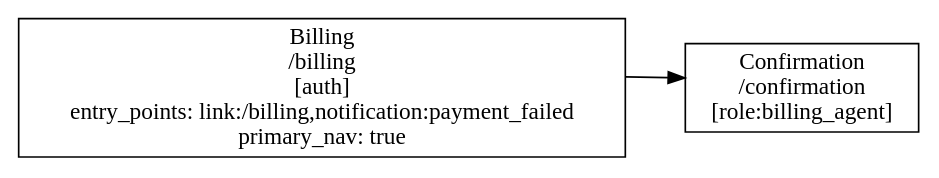
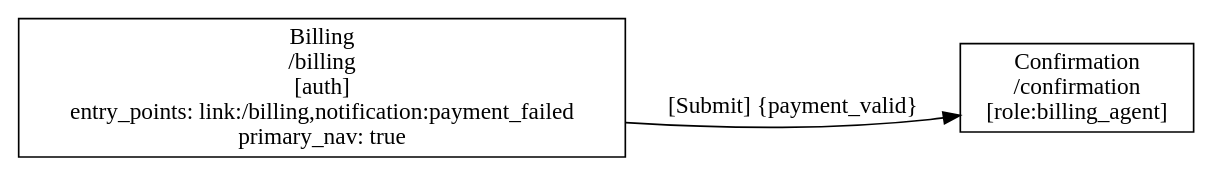
One commit to knutopia/Structured-Design-Documents changed the diagram in examples/rendered/v0.2/ia_place_map_diagram_type/place_viewstate_transition_example/detailed_detail/place_viewstate_transition.ia_place_map.dot. Above: the diagram before and after it, drawn with Graphviz. The commit also changed 125 other files, not shown here.

```diff
--- a/examples/rendered/v0.2/ia_place_map_diagram_type/place_viewstate_transition_example/detailed_detail/place_viewstate_transition.ia_place_map.dot
+++ b/examples/rendered/v0.2/ia_place_map_diagram_type/place_viewstate_transition_example/detailed_detail/place_viewstate_transition.ia_place_map.dot
@@ -1,10 +1,10 @@
 digraph ia_place_map {
   rankdir=LR;
   graph [fontname="Public Sans"];
   node [shape=box, fontname="Public Sans"];
   edge [fontname="Public Sans"];
   "P-010" [label="Billing\n/billing\n[auth]\nentry_points: link:/billing,notification:payment_failed\nprimary_nav: true"];
   "P-011" [label="Confirmation\n/confirmation\n[role:billing_agent]"];
   "P-010" -> "P-011" [style=invis, weight=100];
-  "P-010" -> "P-011";
+  "P-010" -> "P-011" [label="[Submit] {payment_valid}"];
 }
```
